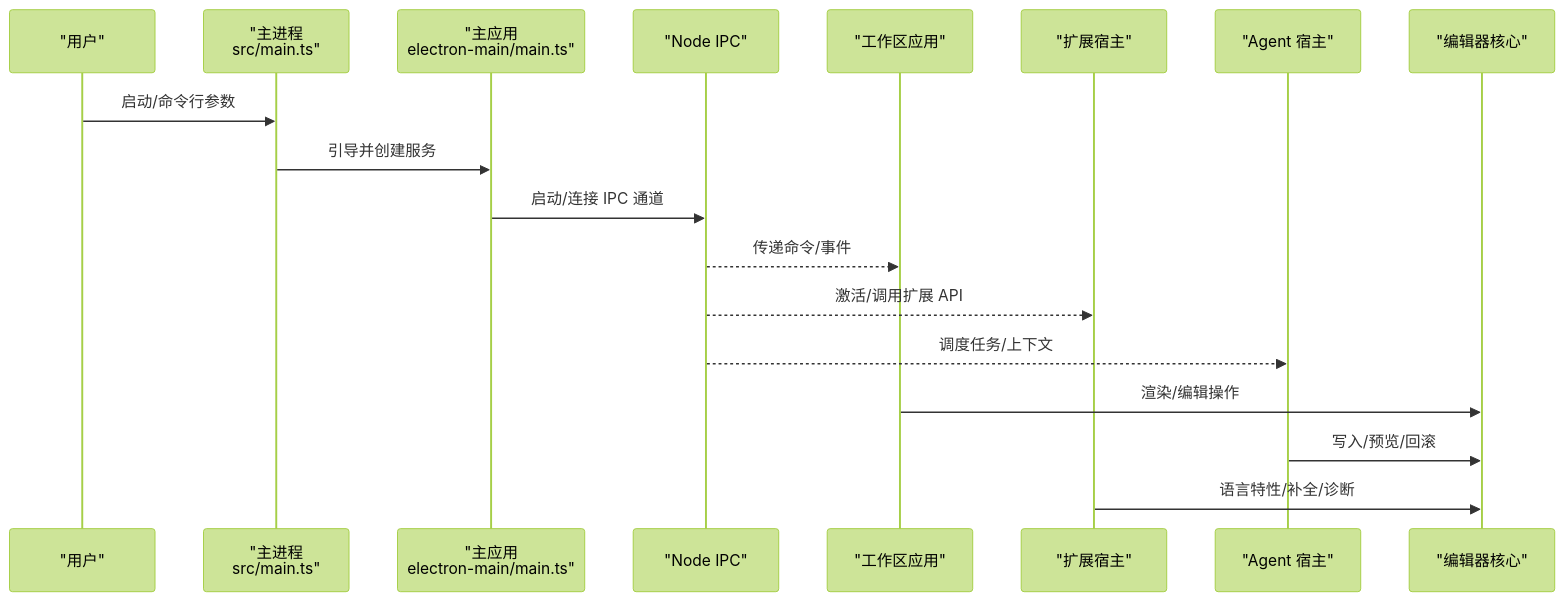
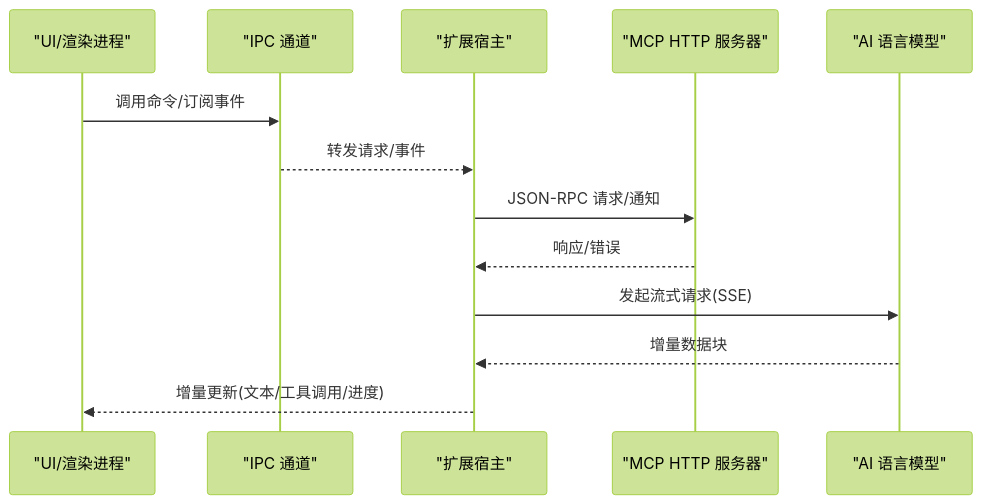
The second of 9 diagrams in .qoder/repowiki/zh/content/架构设计/组件交互模式.md (sofate798/KodrixCode), drawn with Mermaid (forest theme) before and after one commit. The commit also changed other lines of this file and 178 other files, not shown here.

````diff
--- a/.qoder/repowiki/zh/content/架构设计/组件交互模式.md
+++ b/.qoder/repowiki/zh/content/架构设计/组件交互模式.md
@@ -74,20 +95,15 @@
 ```mermaid
 sequenceDiagram
-participant User as "用户"
-participant Main as "主进程<br/>src/main.ts"
-participant App as "主应用<br/>electron-main/main.ts"
-participant IPC as "Node IPC"
-participant WB as "工作区应用"
+participant UI as "UI/渲染进程"
+participant IPC as "IPC 通道"
 participant Ext as "扩展宿主"
-participant Agent as "Agent 宿主"
-participant Editor as "编辑器核心"
-User->>Main : 启动/命令行参数
-Main->>App : 引导并创建服务
-App->>IPC : 启动/连接 IPC 通道
-IPC-->>WB : 传递命令/事件
-IPC-->>Ext : 激活/调用扩展 API
-IPC-->>Agent : 调度任务/上下文
-WB->>Editor : 渲染/编辑操作
-Agent->>Editor : 写入/预览/回滚
-Ext->>Editor : 语言特性/补全/诊断
+participant MCP as "MCP HTTP 服务器"
+participant AI as "AI 语言模型"
+UI->>IPC : 调用命令/订阅事件
+IPC-->>Ext : 转发请求/事件
+Ext->>MCP : JSON-RPC 请求/通知
+MCP-->>Ext : 响应/错误
+Ext->>AI : 发起流式请求(SSE)
+AI-->>Ext : 增量数据块
+Ext-->>UI : 增量更新(文本/工具调用/进度)
 ```
````
